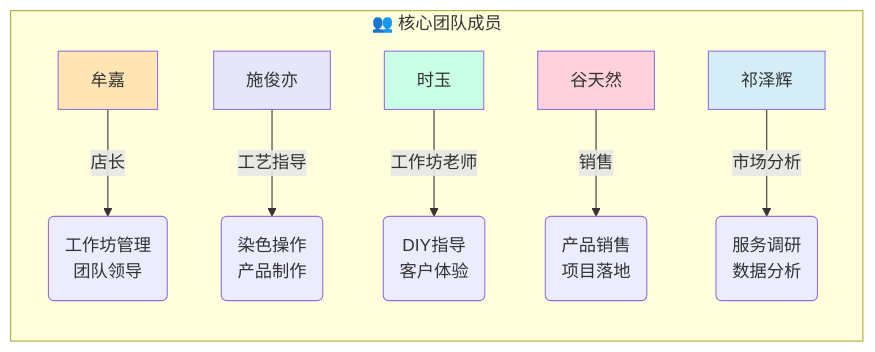
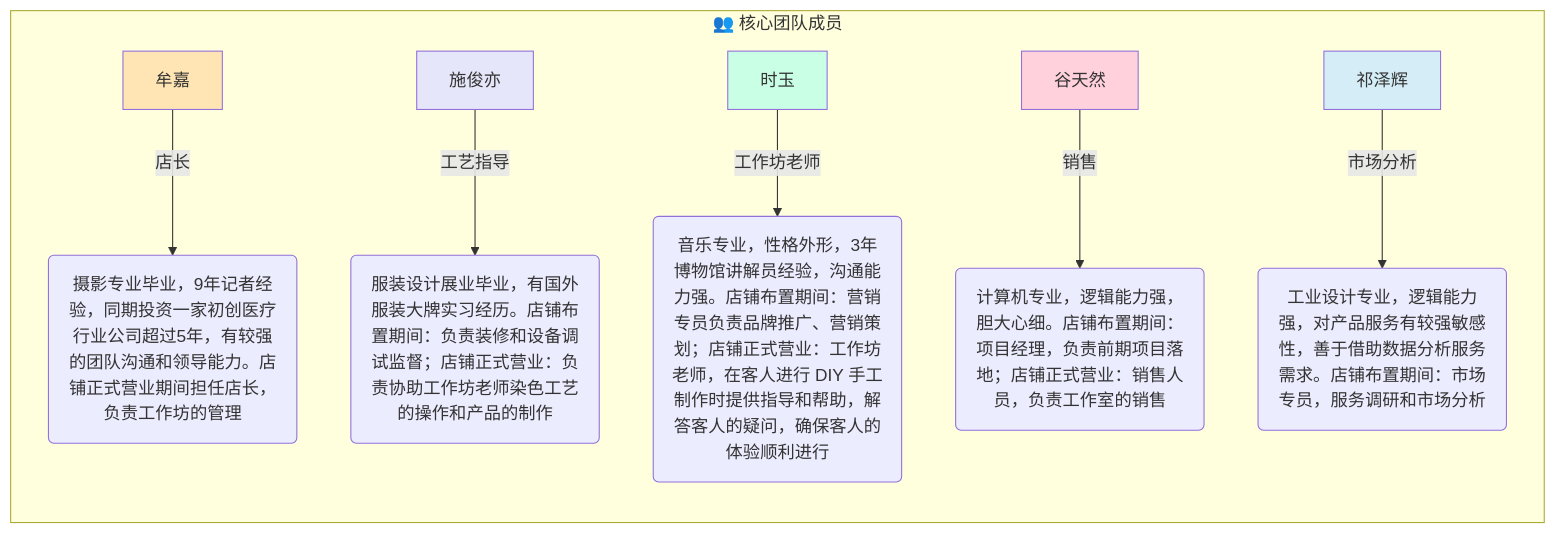
Before and after one commit to NaturalRice/git-demo: the first of 3 diagrams in README.md, drawn with Mermaid.

````diff
--- a/README.md
+++ b/README.md
@@ -4,16 +4,16 @@
 ```mermaid
 flowchart LR
     subgraph 团队架构["👥 核心团队成员"]
         direction TB
-        A[牟嘉] -->|店长| A1("工作坊管理\n团队领导")
-        B[施俊亦] -->|工艺指导| B1("染色操作\n产品制作")
-        C[时玉] -->|工作坊老师| C1("DIY指导\n客户体验")
-        D[谷天然] -->|销售| D1("产品销售\n项目落地")
-        E[祁泽辉] -->|市场分析| E1("服务调研\n数据分析")
+        A[牟嘉] -->|店长| A1("摄影专业毕业，9年记者经验，同期投资一家初创医疗行业公司超过5年，有较强的团队沟通和领导能力。店铺正式营业期间担任店长，负责工作坊的管理")
+        B[施俊亦] -->|工艺指导| B1("服装设计展业毕业，有国外服装大牌实习经历。店铺布置期间：负责装修和设备调试监督；店铺正式营业：负责协助工作坊老师染色工艺的操作和产品的制作")
+        C[时玉] -->|工作坊老师| C1("音乐专业，性格外形，3年博物馆讲解员经验，沟通能力强。店铺布置期间：营销专员负责品牌推广、营销策划；店铺正式营业：工作坊老师，在客人进行 DIY 手工制作时提供指导和帮助，解答客人的疑问，确保客人的体验顺利进行")
+        D[谷天然] -->|销售| D1("计算机专业，逻辑能力强，胆大心细。店铺布置期间：项目经理，负责前期项目落地；店铺正式营业：销售人员，负责工作室的销售")
+        E[祁泽辉] -->|市场分析| E1("工业设计专业，逻辑能力强，对产品服务有较强敏感性，善于借助数据分析服务需求。店铺布置期间：市场专员，服务调研和市场分析")
     end
     style A fill:#FFE5B4
     style B fill:#E6E6FA
     style C fill:#C9FFE5
     style D fill:#FFD1DC
     style E fill:#D4EDF7
 ```
````
